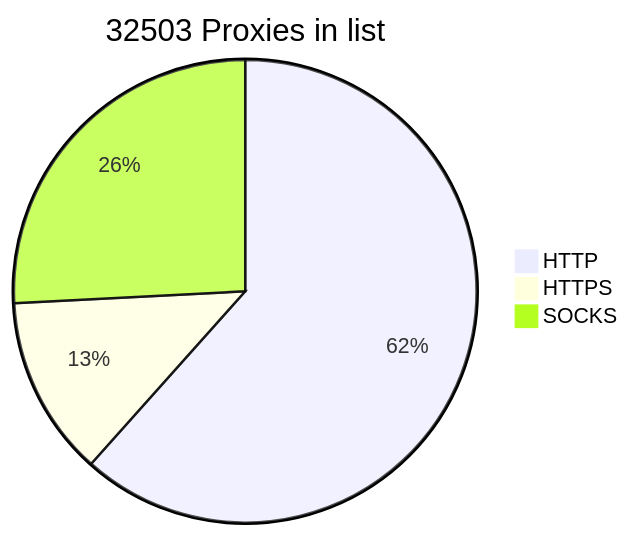
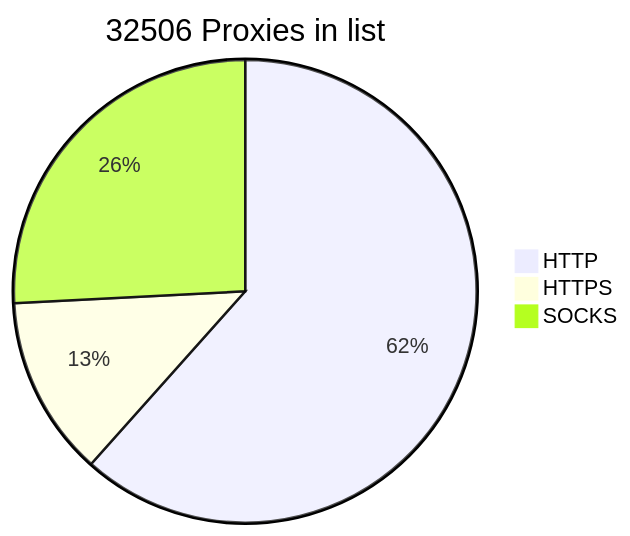
Before and after one commit to BlackSnowDot/proxylist-update-every-minute: the diagram in README.md, drawn with Mermaid.

````diff
--- a/README.md
+++ b/README.md
@@ -2,6 +2,6 @@
 ```mermaid
-pie title 32503 Proxies in list
+pie title 32506 Proxies in list
     "HTTP" : 22102
     "HTTPS": 4514
-    "SOCKS" : 9265
+    "SOCKS" : 9268
 ```
````
